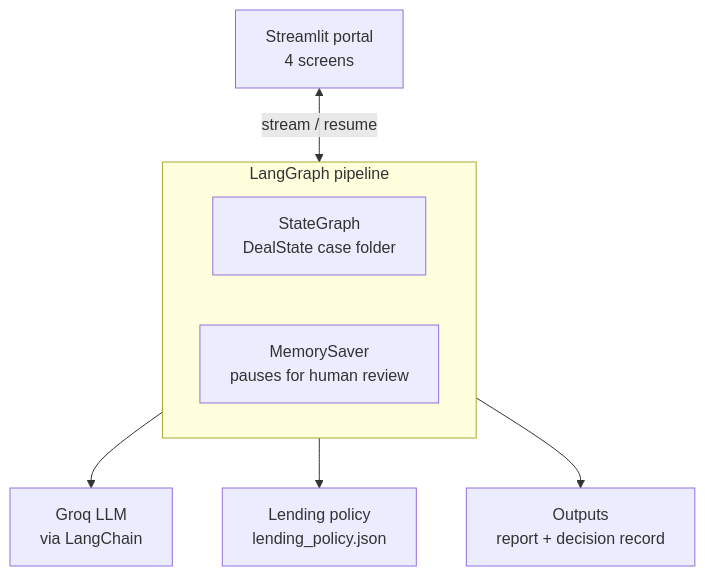
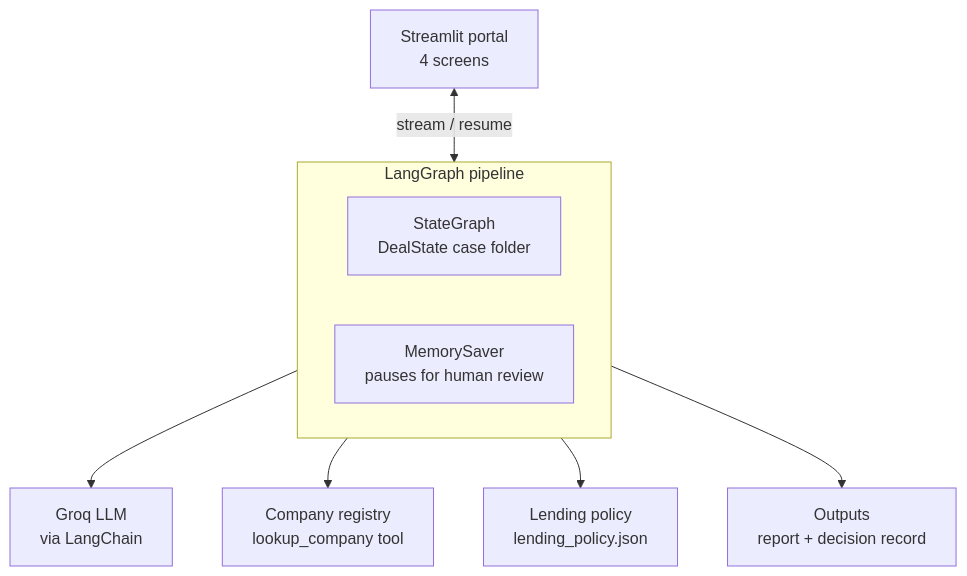
One commit to leenakalani28/loan-underwriting-agents changed the second of 2 diagrams in README.md. Above: the diagram before and after it, drawn with Mermaid. The commit also changed other lines of this file, not shown here.

Commit message:
Registry tool, fourth deal, refreshed docs and outputs

````diff
--- a/README.md
+++ b/README.md
@@ -97,13 +97,14 @@
 ```mermaid
 flowchart TB
     UI[Streamlit portal<br/>4 screens] <-->|stream / resume| G
 
     subgraph G[LangGraph pipeline]
         SG[StateGraph<br/>DealState case folder]
         MS[MemorySaver<br/>pauses for human review]
     end
 
     G --> LLM[Groq LLM<br/>via LangChain]
+    G --> REG[Company registry<br/>lookup_company tool]
     G --> POL[Lending policy<br/>lending_policy.json]
     G --> OUT[Outputs<br/>report + decision record]
 ```
````
